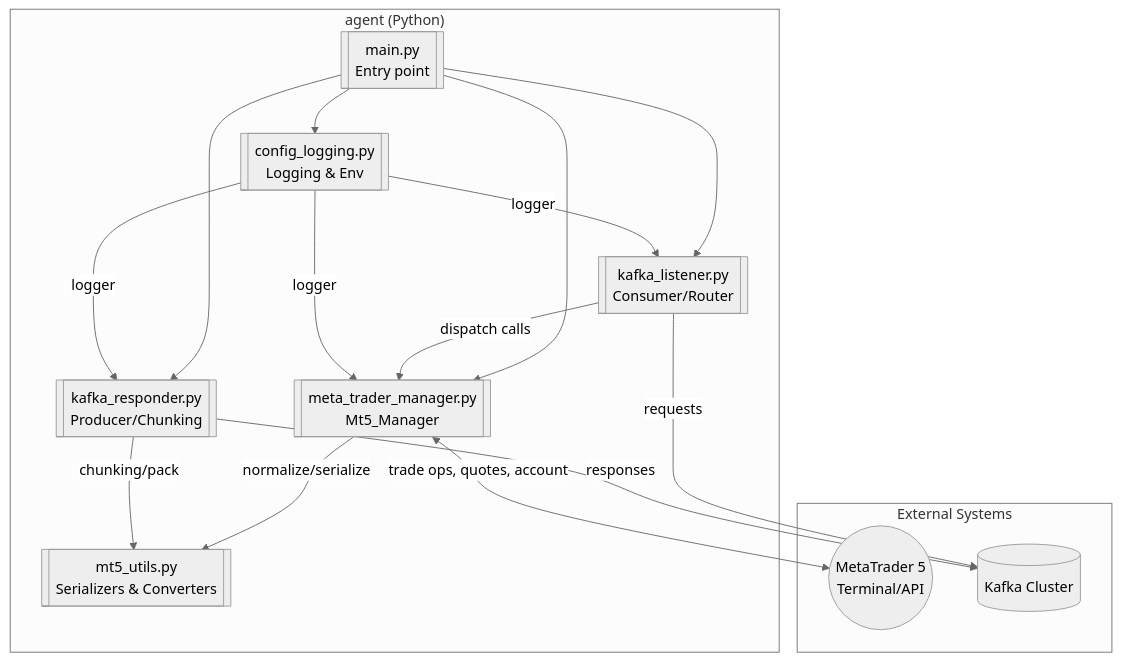
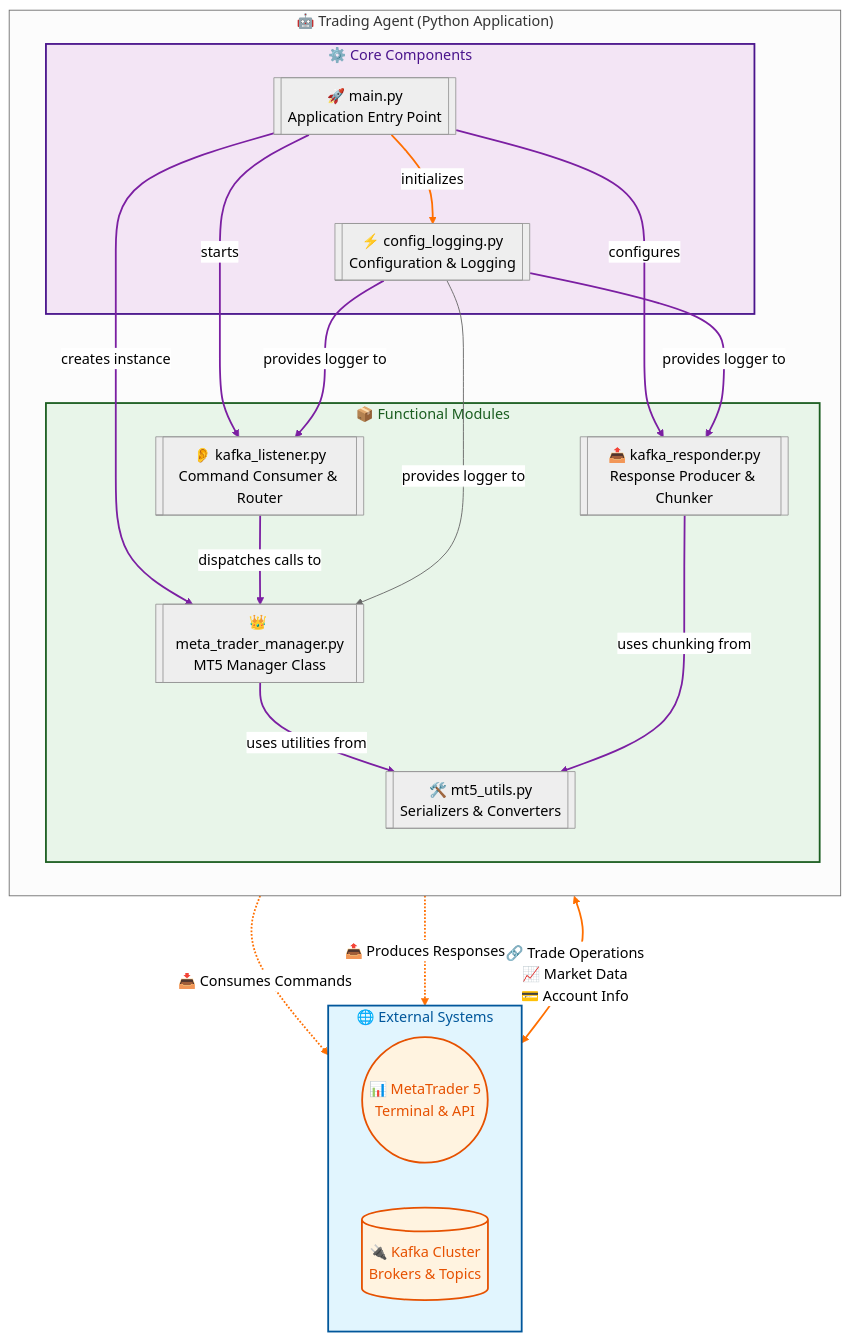
Before and after one commit to mani1728/agent: the second of 10 diagrams in README.md, drawn with Mermaid (neutral theme).

````diff
--- a/README.md
+++ b/README.md
@@ -220,30 +220,57 @@
 ```mermaid
 flowchart TB
-    subgraph Ext["External Systems"]
-      MT5(("MetaTrader 5<br/>Terminal/API"))
-      KAFKA[("Kafka Cluster")]
+    classDef external fill:#e1f5fe,stroke:#01579b,stroke-width:2px,color:#01579b;
+    classDef core fill:#f3e5f5,stroke:#4a148c,stroke-width:2px,color:#4a148c;
+    classDef module fill:#e8f5e9,stroke:#1b5e20,stroke-width:2px,color:#1b5e20;
+    classDef data fill:#fff3e0,stroke:#e65100,stroke-width:2px,color:#e65100;
+
+    subgraph Ext["🌐 External Systems"]
+        direction LR
+        MT5(("📊 MetaTrader 5<br/>Terminal & API"))
+        KAFKA[("🔌 Kafka Cluster<br/>Brokers & Topics")]
     end
 
-    subgraph App["agent (Python)"]
-      MAIN[["main.py<br/>Entry point"]]
-      CFG[["config_logging.py<br/>Logging & Env"]]
-      MGR[["meta_trader_manager.py<br/>Mt5_Manager"]]
-      LST[["kafka_listener.py<br/>Consumer/Router"]]
-      RSP[["kafka_responder.py<br/>Producer/Chunking"]]
-      UTL[["mt5_utils.py<br/>Serializers & Converters"]]
+    subgraph App["🤖 Trading Agent (Python Application)"]
+        direction TB
+        
+        subgraph Core["⚙️ Core Components"]
+            MAIN[["🚀 main.py<br/>Application Entry Point"]]
+            CFG[["⚡ config_logging.py<br/>Configuration & Logging"]]
+        end
+        
+        subgraph Modules["📦 Functional Modules"]
+            MGR[["👑 meta_trader_manager.py<br/>MT5 Manager Class"]]
+            LST[["👂 kafka_listener.py<br/>Command Consumer & Router"]]
+            RSP[["📤 kafka_responder.py<br/>Response Producer & Chunker"]]
+            UTL[["🛠️ mt5_utils.py<br/>Serializers & Converters"]]
+        end
     end
 
-    MAIN --> CFG
-    MAIN --> MGR
-    MAIN --> LST
-    MAIN --> RSP
-    LST -->|requests| KAFKA
-    RSP -->|responses| KAFKA
-    MGR <-->|trade ops, quotes, account| MT5
-    LST -->|dispatch calls| MGR
-    MGR -->|normalize/serialize| UTL
-    RSP -->|chunking/pack| UTL
-    CFG -->|logger| LST
-    CFG -->|logger| RSP
-    CFG -->|logger| MGR
+    %% External connections
+    LST -.->|"📥 Consumes Commands"| KAFKA
+    RSP -.->|"📤 Produces Responses"| KAFKA
+    MGR <-->|"🔗 Trade Operations<br/>📈 Market Data<br/>💳 Account Info"| MT5
+
+    %% Internal dependencies
+    MAIN -->|"initializes"| CFG
+    MAIN -->|"creates instance"| MGR
+    MAIN -->|"starts"| LST
+    MAIN -->|"configures"| RSP
+    
+    LST -->|"dispatches calls to"| MGR
+    MGR -->|"uses utilities from"| UTL
+    RSP -->|"uses chunking from"| UTL
+    
+    CFG -->|"provides logger to"| LST
+    CFG -->|"provides logger to"| RSP
+    CFG -->|"provides logger to"| MGR
+
+    %% Styling
+    class Ext external;
+    class Core core;
+    class Modules module;
+    class MT5,KAFKA data;
+
+    linkStyle 0,1,2,3 stroke:#ff6f00,stroke-width:2px;
+    linkStyle 4,5,6,7,8,9,10,11 stroke:#7b1fa2,stroke-width:2px;
 ```
````
